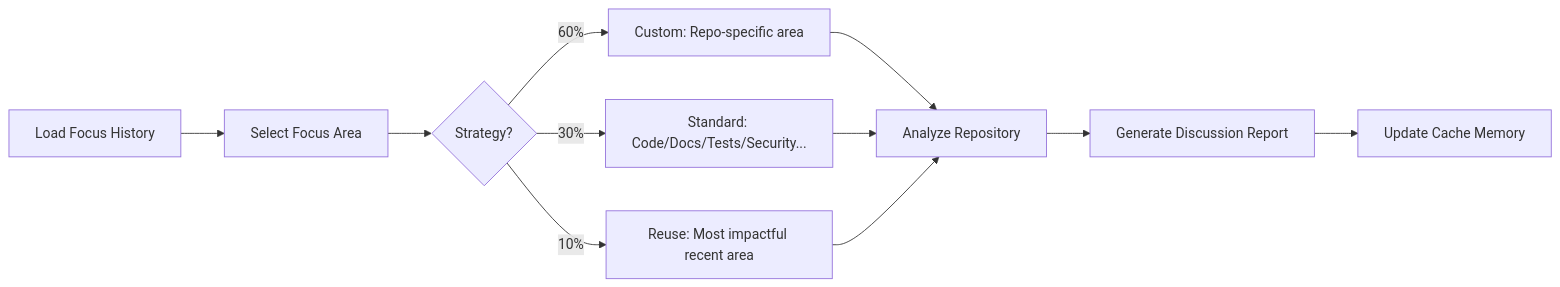
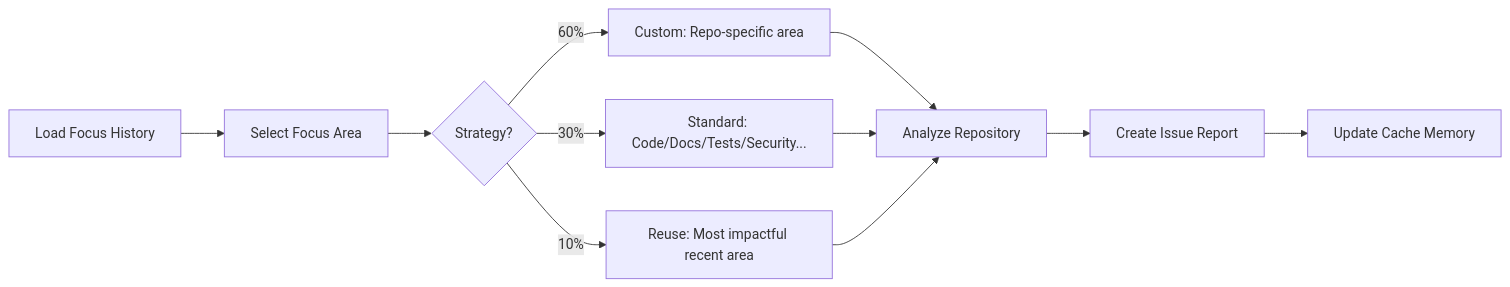
One commit to githubnext/agentics changed the diagram in docs/repository-quality-improver.md. Above: the diagram before and after it, drawn with Mermaid. The commit also changed other lines of this file and 1 other file, not shown here.

Commit message:
Change schedule to weekdays and switch from discussion to issue output

`````diff
--- a/docs/repository-quality-improver.md
+++ b/docs/repository-quality-improver.md
@@ -34,13 +34,13 @@
 ````mermaid
 graph LR
     A[Load Focus History] --> B[Select Focus Area]
     B --> C{Strategy?}
     C -->|60%| D[Custom: Repo-specific area]
     C -->|30%| E[Standard: Code/Docs/Tests/Security...]
     C -->|10%| F[Reuse: Most impactful recent area]
     D --> G[Analyze Repository]
     E --> G
     F --> G
-    G --> H[Generate Discussion Report]
+    G --> H[Create Issue Report]
     H --> I[Update Cache Memory]
 ````
`````
